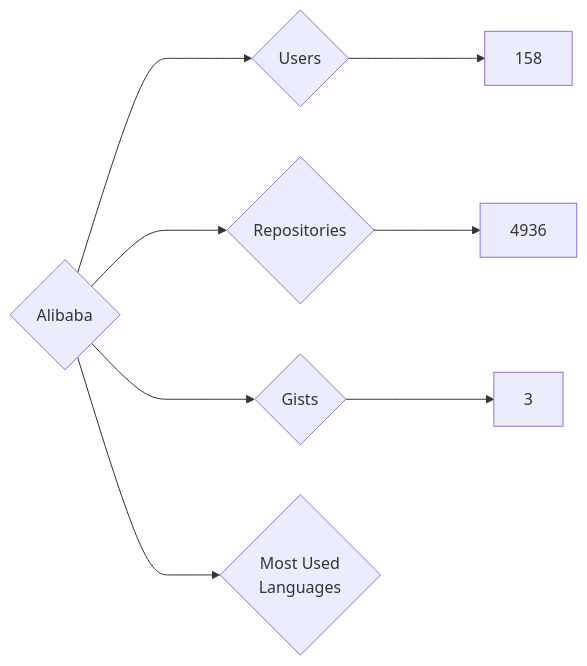
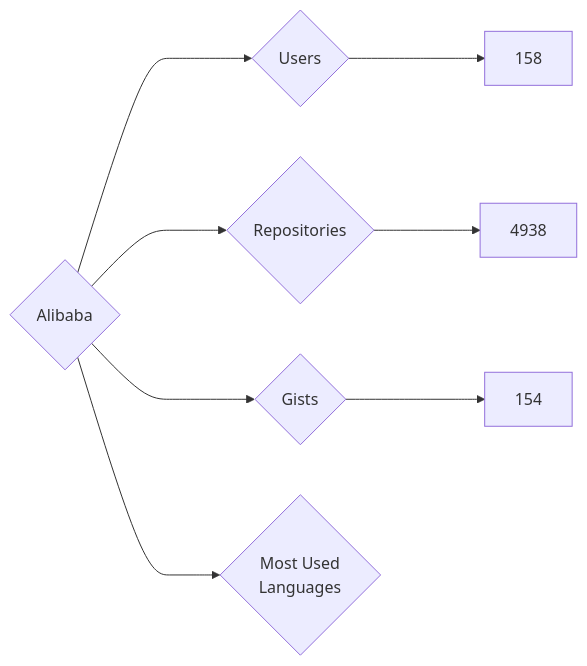
One commit to nenadzaric/insiders changed the diagram in targets/Alibaba/README.md. Above: the diagram before and after it, drawn with Mermaid. The commit also changed 1342 other files, not shown here.

````diff
--- a/targets/Alibaba/README.md
+++ b/targets/Alibaba/README.md
@@ -3,8 +3,8 @@
 ```mermaid
 graph LR
 COMPANY_NAME{Alibaba}
 COMPANY_NAME ---> U{Users} ---> UN[158]
-COMPANY_NAME ---> R{Repositories} ---> RN[4936]
-COMPANY_NAME ---> G{Gists} ---> GN[3]
+COMPANY_NAME ---> R{Repositories} ---> RN[4938]
+COMPANY_NAME ---> G{Gists} ---> GN[154]
 COMPANY_NAME ---> ML{Most Used<br>Languages}
 ```
````
